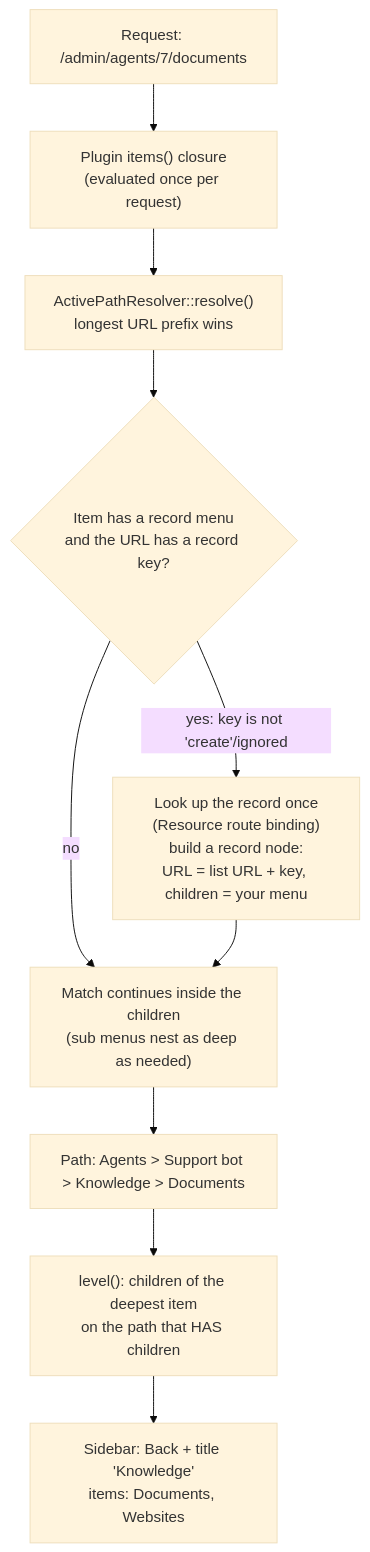
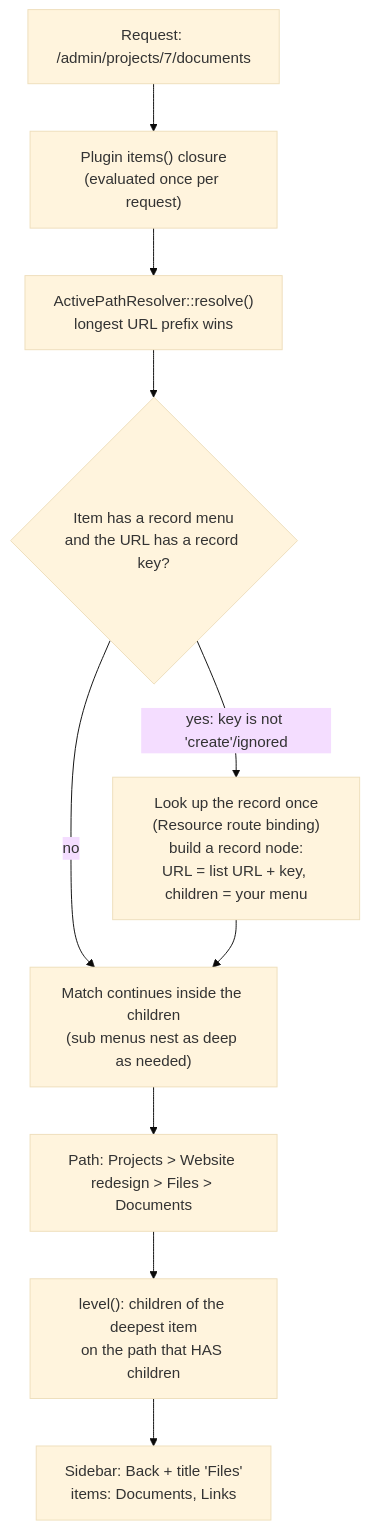
The second of 6 diagrams in docs/how-it-works.md (solutionforest/filament-drilldown-nav), drawn with Mermaid (base theme) before and after one commit. The commit also changed other lines of this file and 41 other files, not shown here.

````diff
--- a/docs/how-it-works.md
+++ b/docs/how-it-works.md
@@ -42,12 +42,12 @@
 ```mermaid
 flowchart TD
-    A["Request: /admin/agents/7/documents"] --> B["Plugin items() closure<br/>(evaluated once per request)"]
+    A["Request: /admin/projects/7/documents"] --> B["Plugin items() closure<br/>(evaluated once per request)"]
     B --> C["ActivePathResolver::resolve()<br/>longest URL prefix wins"]
     C --> D{"Item has a record menu<br/>and the URL has a record key?"}
     D -- "no" --> F
     D -- "yes: key is not 'create'/ignored" --> E["Look up the record once<br/>(Resource route binding)<br/>build a record node:<br/>URL = list URL + key, children = your menu"]
     E --> F["Match continues inside the children<br/>(sub menus nest as deep as needed)"]
-    F --> G["Path: Agents > Support bot > Knowledge > Documents"]
+    F --> G["Path: Projects > Website redesign > Files > Documents"]
     G --> H["level(): children of the deepest item<br/>on the path that HAS children"]
-    H --> I["Sidebar: Back + title 'Knowledge'<br/>items: Documents, Websites"]
+    H --> I["Sidebar: Back + title 'Files'<br/>items: Documents, Links"]
 ```
````
